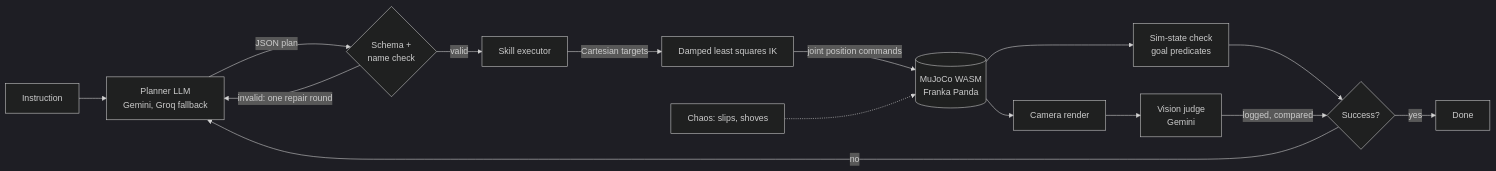
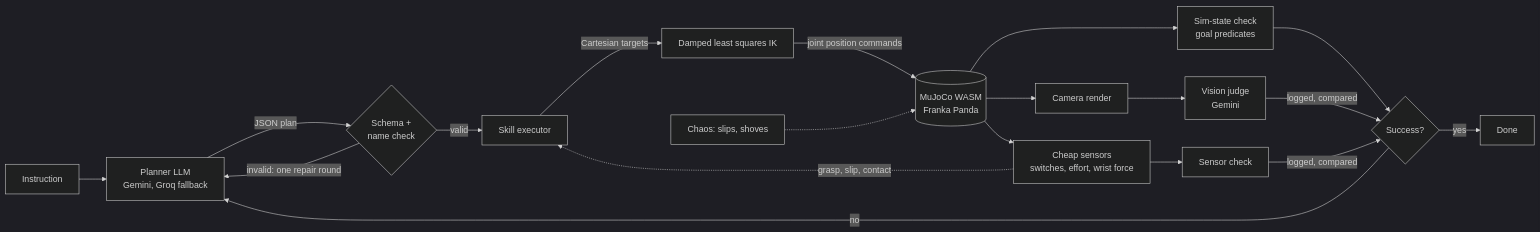
The diagram in README.md (Anya-Louni/Sim-to-Hand), drawn with Mermaid (dark theme) before and after one commit. The commit also changed other lines of this file and 1 other file, not shown here.

````diff
--- a/README.md
+++ b/README.md
@@ -23,16 +24,19 @@
 ```mermaid
 flowchart LR
   U[Instruction] --> P[Planner LLM<br/>Gemini, Groq fallback]
   P -->|JSON plan| V{Schema +<br/>name check}
   V -->|invalid: one repair round| P
   V -->|valid| X[Skill executor]
   X -->|Cartesian targets| IK[Damped least squares IK]
   IK -->|joint position commands| M[(MuJoCo WASM<br/>Franka Panda)]
   C[Chaos: slips, shoves] -.-> M
   M --> G[Sim-state check<br/>goal predicates]
   M --> R[Camera render] --> J[Vision judge<br/>Gemini]
+  M --> SN[Cheap sensors<br/>switches, effort, wrist force] --> SC[Sensor check]
+  SN -.->|grasp, slip, contact| X
   G --> D{Success?}
   J -->|logged, compared| D
+  SC -->|logged, compared| D
   D -->|no| P
   D -->|yes| Done[Done]
 ```
````
